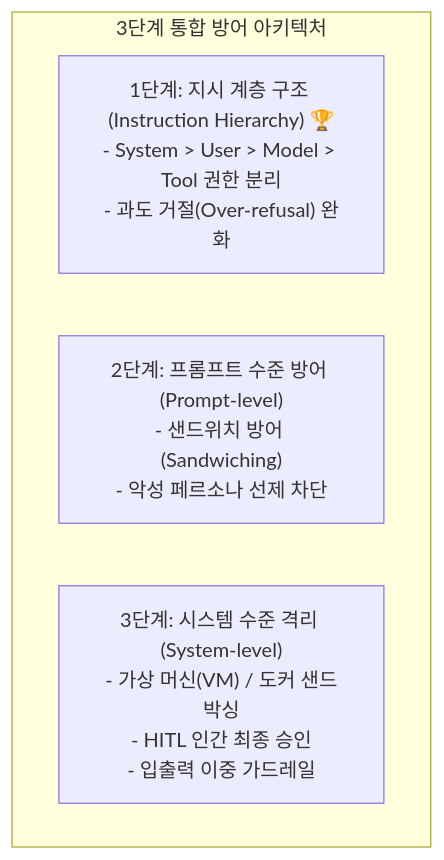
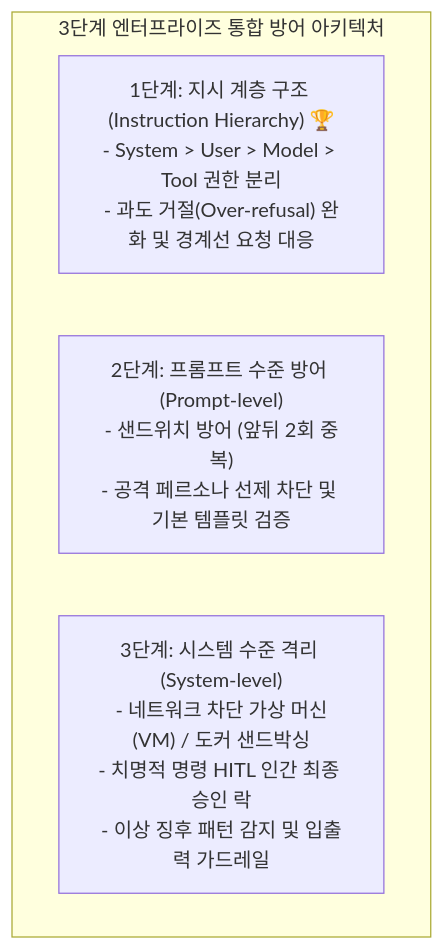
One commit to sing-u8/AI-Engineering changed the third of 4 diagrams in chapter-qa/ch05-prompt-engineering-qa/03-defensive-prompt-engineering-and-attacks.md. Above: the diagram before and after it, drawn with Mermaid. The commit also changed other lines of this file, not shown here.

Commit message:
docs(ch05): add full book details on defensive prompt engineering, 6 business risks, and attack modes

````diff
--- a/chapter-qa/ch05-prompt-engineering-qa/03-defensive-prompt-engineering-and-attacks.md
+++ b/chapter-qa/ch05-prompt-engineering-qa/03-defensive-prompt-engineering-and-attacks.md
@@ -123,8 +186,8 @@
 ```mermaid
 flowchart TD
-    subgraph Defenses["3단계 통합 방어 아키텍처"]
-        L1["1단계: 지시 계층 구조 (Instruction Hierarchy) 🏆\n- System > User > Model > Tool 권한 분리\n- 과도 거절(Over-refusal) 완화"]
-        L2["2단계: 프롬프트 수준 방어 (Prompt-level)\n- 샌드위치 방어 (Sandwiching)\n- 악성 페르소나 선제 차단"]
-        L3["3단계: 시스템 수준 격리 (System-level)\n- 가상 머신(VM) / 도커 샌드박싱\n- HITL 인간 최종 승인\n- 입출력 이중 가드레일"]
+    subgraph Defenses["3단계 엔터프라이즈 통합 방어 아키텍처"]
+        L1["1단계: 지시 계층 구조 (Instruction Hierarchy) 🏆\n- System > User > Model > Tool 권한 분리\n- 과도 거절(Over-refusal) 완화 및 경계선 요청 대응"]
+        L2["2단계: 프롬프트 수준 방어 (Prompt-level)\n- 샌드위치 방어 (앞뒤 2회 중복)\n- 공격 페르소나 선제 차단 및 기본 템플릿 검증"]
+        L3["3단계: 시스템 수준 격리 (System-level)\n- 네트워크 차단 가상 머신(VM) / 도커 샌드박싱\n- 치명적 명령 HITL 인간 최종 승인 락\n- 이상 징후 패턴 감지 및 입출력 가드레일"]
     end
 ```
````
